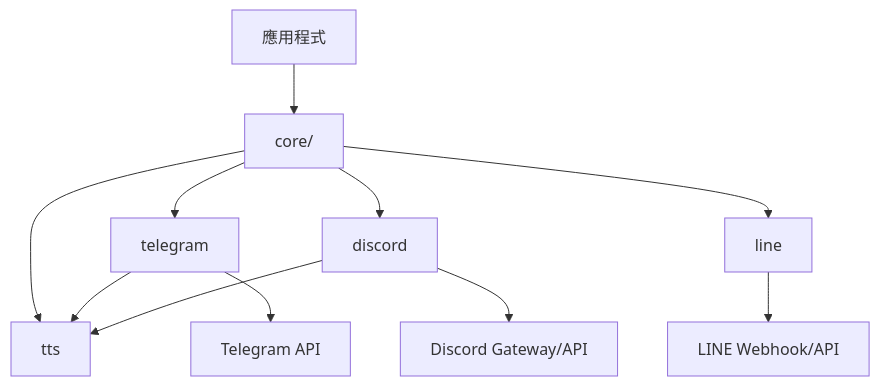
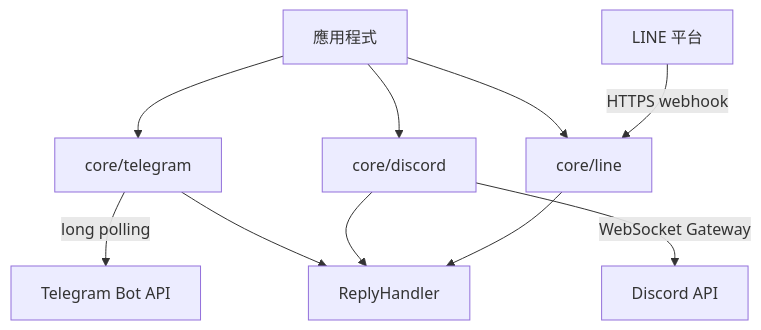
Before and after one commit to pardnchiu/go-bot: the diagram in doc/README.zh.md, drawn with Mermaid. The commit also changed other lines of this file and 5 other files, not shown here.

````diff
--- a/doc/README.zh.md
+++ b/doc/README.zh.md
@@ -38,13 +43,12 @@
 ```mermaid
 graph TB
-    App[應用程式] --> Core[core/]
-    Core --> TG[telegram]
-    Core --> DC[discord]
-    Core --> LN[line]
-    Core --> TTS[tts]
-    TG --> TTS
-    DC --> TTS
-    TG --> TelegramAPI[Telegram API]
-    DC --> DiscordAPI[Discord Gateway/API]
-    LN --> LineAPI[LINE Webhook/API]
+    App[應用程式] --> TG[core/telegram]
+    App --> DC[core/discord]
+    App --> LN[core/line]
+    TG -->|long polling| TelegramAPI[Telegram Bot API]
+    DC -->|WebSocket Gateway| DiscordAPI[Discord API]
+    LineAPI[LINE 平台] -->|HTTPS webhook| LN
+    TG --> Handler[ReplyHandler]
+    DC --> Handler
+    LN --> Handler
 ```
````
